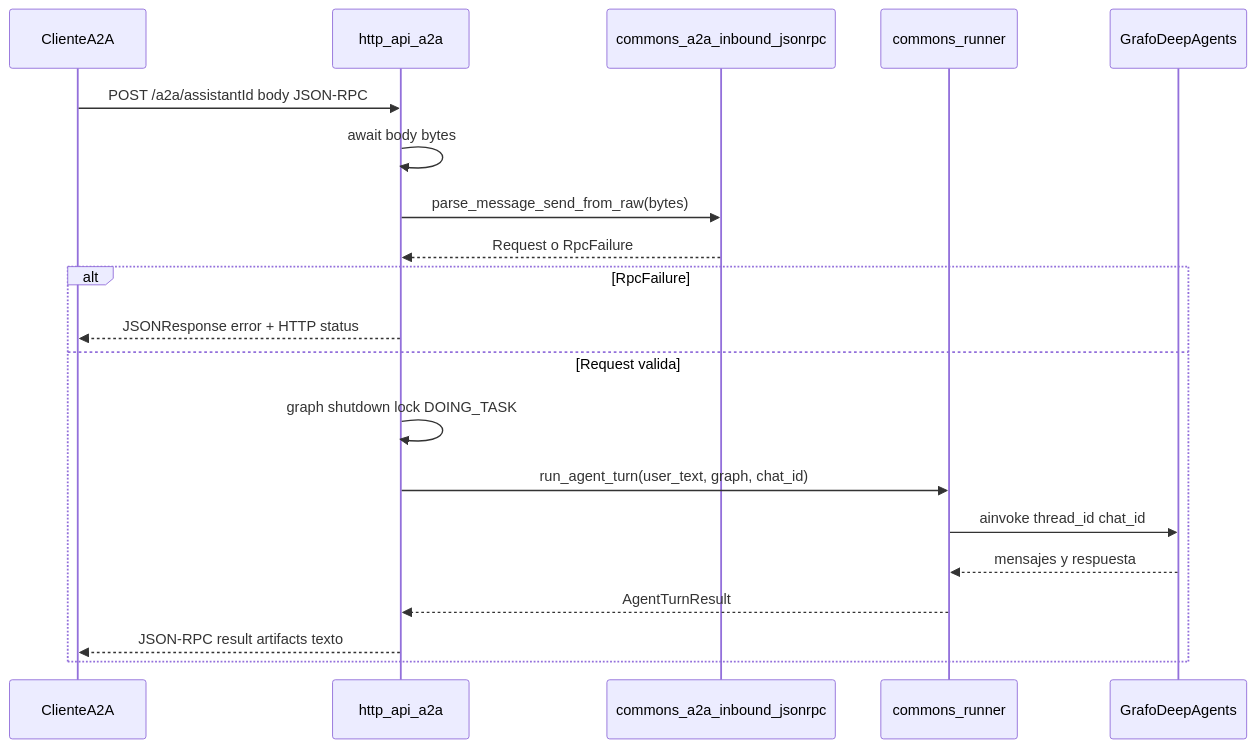
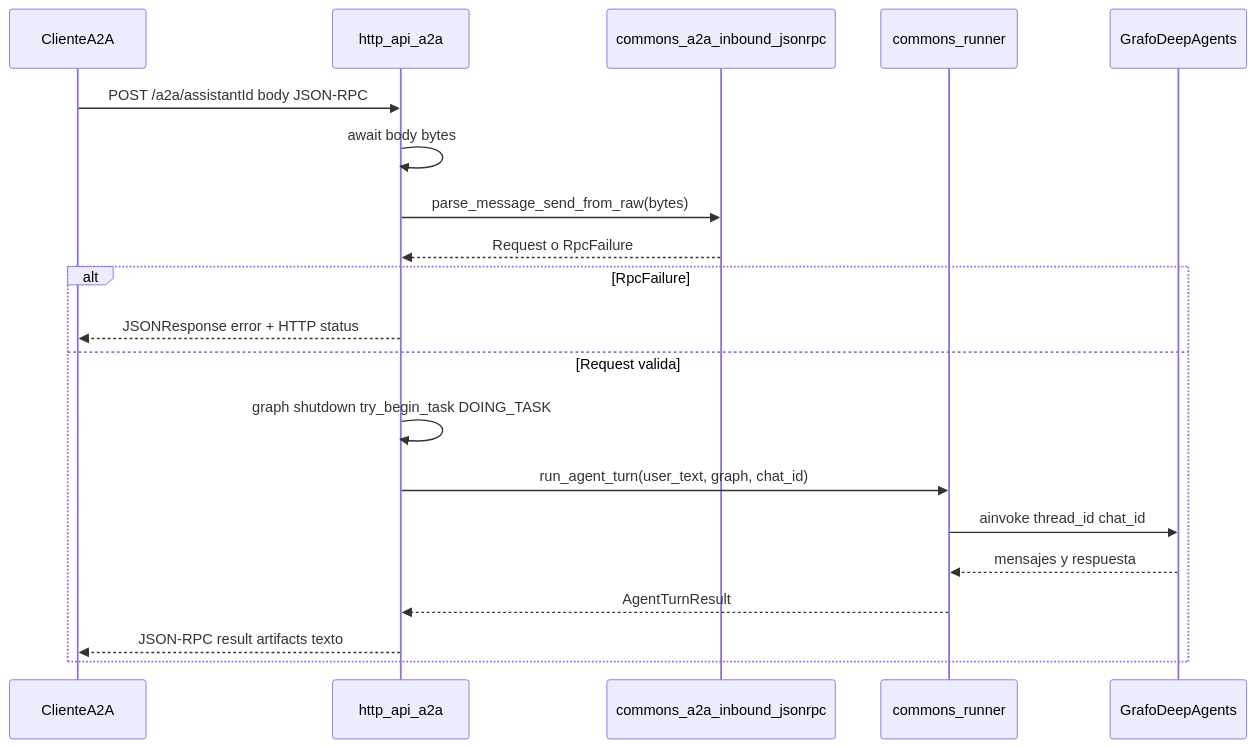
Before and after one commit to juanca3923/hk-mailer-bmc-agent: the third of 6 diagrams in docs/ARCHITECTURE.md, drawn with Mermaid. The commit also changed other lines of this file and 14 other files, not shown here.

````diff
--- a/docs/ARCHITECTURE.md
+++ b/docs/ARCHITECTURE.md
@@ -262,23 +267,23 @@
 ```mermaid
 sequenceDiagram
     participant Ext as ClienteA2A
     participant Route as http_api_a2a
     participant Proc as commons_a2a_inbound_jsonrpc
     participant Runner as commons_runner
     participant Graph as GrafoDeepAgents
 
     Ext->>Route: POST /a2a/assistantId body JSON-RPC
     Route->>Route: await body bytes
     Route->>Proc: parse_message_send_from_raw(bytes)
     Proc-->>Route: Request o RpcFailure
     alt RpcFailure
         Route-->>Ext: JSONResponse error + HTTP status
     else Request valida
-        Route->>Route: graph shutdown lock DOING_TASK
+        Route->>Route: graph shutdown try_begin_task DOING_TASK
         Route->>Runner: run_agent_turn(user_text, graph, chat_id)
         Runner->>Graph: ainvoke thread_id chat_id
         Graph-->>Runner: mensajes y respuesta
         Runner-->>Route: AgentTurnResult
         Route-->>Ext: JSON-RPC result artifacts texto
     end
 ```
````
